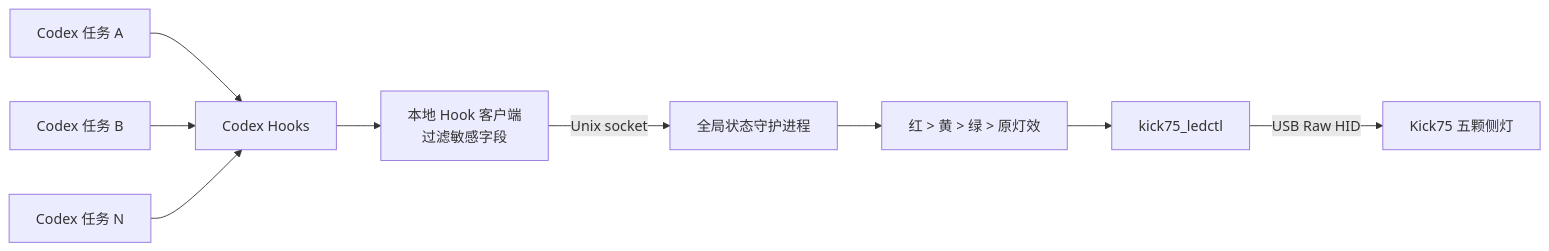
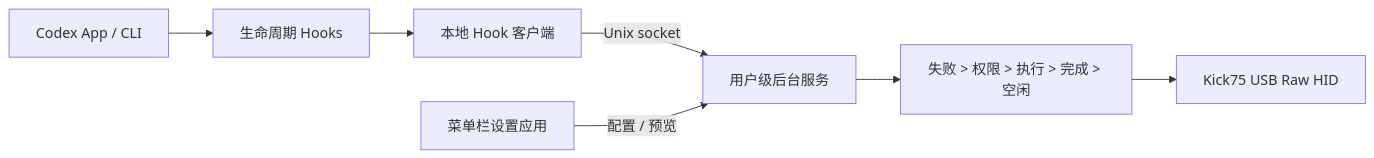
One commit to QuinMeow/codex-kick75-status-lights changed the diagram in README.md. Above: the diagram before and after it, drawn with Mermaid. The commit also changed other lines of this file and 18 other files, not shown here.

````diff
--- a/README.md
+++ b/README.md
@@ -42,11 +473,9 @@
 ```mermaid
 flowchart LR
-    A["Codex 任务 A"] --> H["Codex Hooks"]
-    B["Codex 任务 B"] --> H
-    C["Codex 任务 N"] --> H
-    H --> P["本地 Hook 客户端<br/>过滤敏感字段"]
-    P -->|"Unix socket"| D["全局状态守护进程"]
-    D --> G["红 > 黄 > 绿 > 原灯效"]
-    G --> Ctl["kick75_ledctl"]
-    Ctl -->|"USB Raw HID"| K["Kick75 五颗侧灯"]
+    A["Codex App / CLI"] --> H["生命周期 Hooks"]
+    H --> C["本地 Hook 客户端"]
+    C -->|"Unix socket"| D["用户级后台服务"]
+    M["菜单栏设置应用"] -->|"配置 / 预览"| D
+    D --> G["失败 > 权限 > 执行 > 完成 > 空闲"]
+    G --> K["Kick75 USB Raw HID"]
 ```
````
